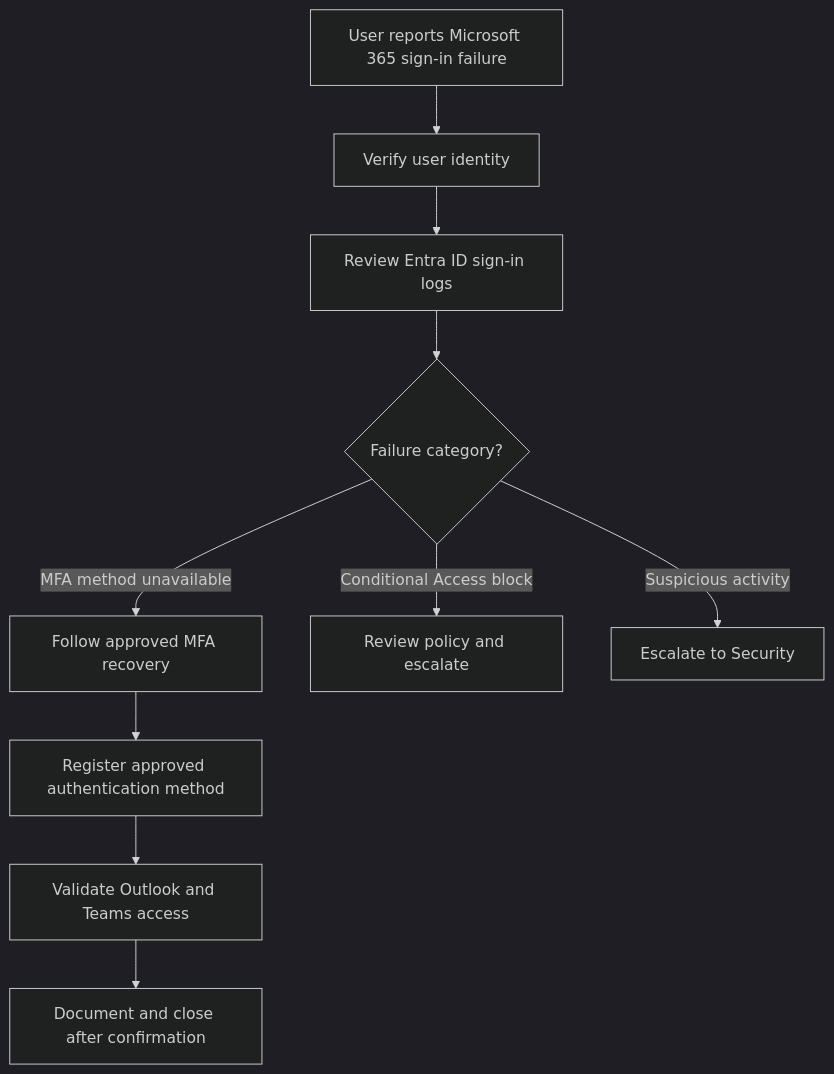
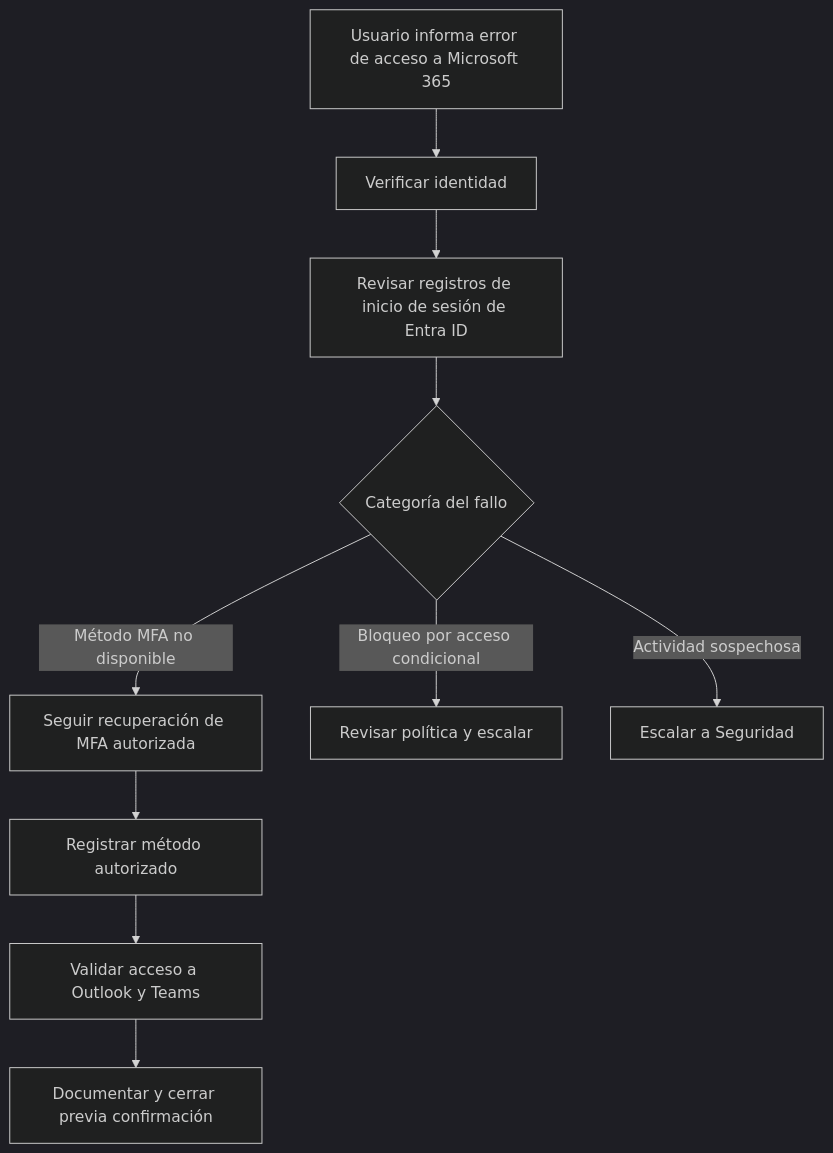
Before and after one commit to fefemora/it-portfolio-es: the diagram in IT-Support/Service-Desk-Incident-Management/incidents/INC-002-M365-Authentication.md, drawn with Mermaid (dark theme). The commit also changed other lines of this file, not shown here.

Commit message:
docs(es): translate simulated authentication and DNS workflow

````diff
--- a/IT-Support/Service-Desk-Incident-Management/incidents/INC-002-M365-Authentication.md
+++ b/IT-Support/Service-Desk-Incident-Management/incidents/INC-002-M365-Authentication.md
@@ -14,12 +14,12 @@
 ```mermaid
 flowchart TD
-    A[User reports Microsoft 365 sign-in failure] --> B[Verify user identity]
-    B --> C[Review Entra ID sign-in logs]
-    C --> D{Failure category?}
-    D -->|MFA method unavailable| E[Follow approved MFA recovery]
-    D -->|Conditional Access block| F[Review policy and escalate]
-    D -->|Suspicious activity| G[Escalate to Security]
-    E --> H[Register approved authentication method]
-    H --> I[Validate Outlook and Teams access]
-    I --> J[Document and close after confirmation]
+    A[Usuario informa error de acceso a Microsoft 365] --> B[Verificar identidad]
+    B --> C[Revisar registros de inicio de sesión de Entra ID]
+    C --> D{Categoría del fallo}
+    D -->|Método MFA no disponible| E[Seguir recuperación de MFA autorizada]
+    D -->|Bloqueo por acceso condicional| F[Revisar política y escalar]
+    D -->|Actividad sospechosa| G[Escalar a Seguridad]
+    E --> H[Registrar método autorizado]
+    H --> I[Validar acceso a Outlook y Teams]
+    I --> J[Documentar y cerrar previa confirmación]
 ```
````
